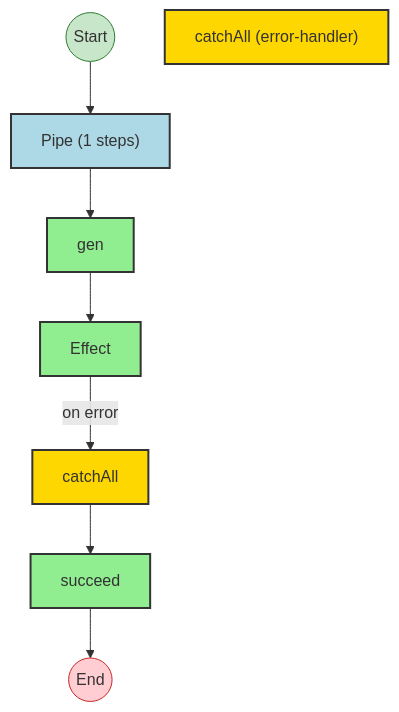
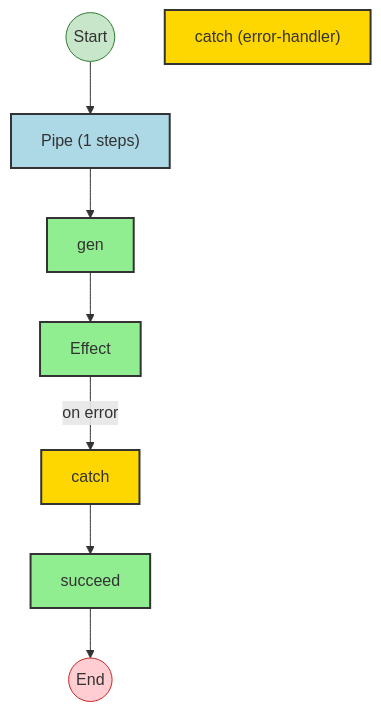
The first of 5 diagrams in packages/effect-analyzer/src/__fixtures__/cli-script.effect-analysis.md (jagreehal/effect-analyzer), drawn with Mermaid before and after one commit. The commit also changed 131 other files, not shown here.

First line of the commit message:
feat!: Effect v4-only architecture with decomposed analysis interface (#202)

````diff
--- a/packages/effect-analyzer/src/__fixtures__/cli-script.effect-analysis.md
+++ b/packages/effect-analyzer/src/__fixtures__/cli-script.effect-analysis.md
@@ -13,38 +13,38 @@
 ```mermaid
 flowchart TB
 
   %% Program: cliMain
 
   start((Start))
   end_node((End))
 
   n1["Pipe (1 steps)"]
   n2["gen"]
-  n3["catchAll (error-handler)"]
+  n3["catch (error-handler)"]
   n4["Effect"]
-  err_handler_5["catchAll"]
+  err_handler_5["catch"]
   n6["succeed"]
 
   %% Edges
   n4 -->|on error| err_handler_5
   err_handler_5 --> n6
   n2 --> n4
   n1 --> n2
   start --> n1
   n6 --> end_node
 
   %% Styles
   classDef startStyle fill:#c8e6c9,stroke:#2e7d32
   classDef endStyle fill:#ffcdd2,stroke:#c62828
   classDef effectStyle fill:#90EE90,stroke:#333,stroke-width:2px
   classDef pipeStyle fill:#ADD8E6,stroke:#333,stroke-width:2px
   classDef errorHandlerStyle fill:#FFD700,stroke:#333,stroke-width:2px
   class start startStyle
   class end_node endStyle
   class n1 pipeStyle
   class n2 effectStyle
   class n3 errorHandlerStyle
   class n4 effectStyle
   class err_handler_5 errorHandlerStyle
   class n6 effectStyle
 ```
````
